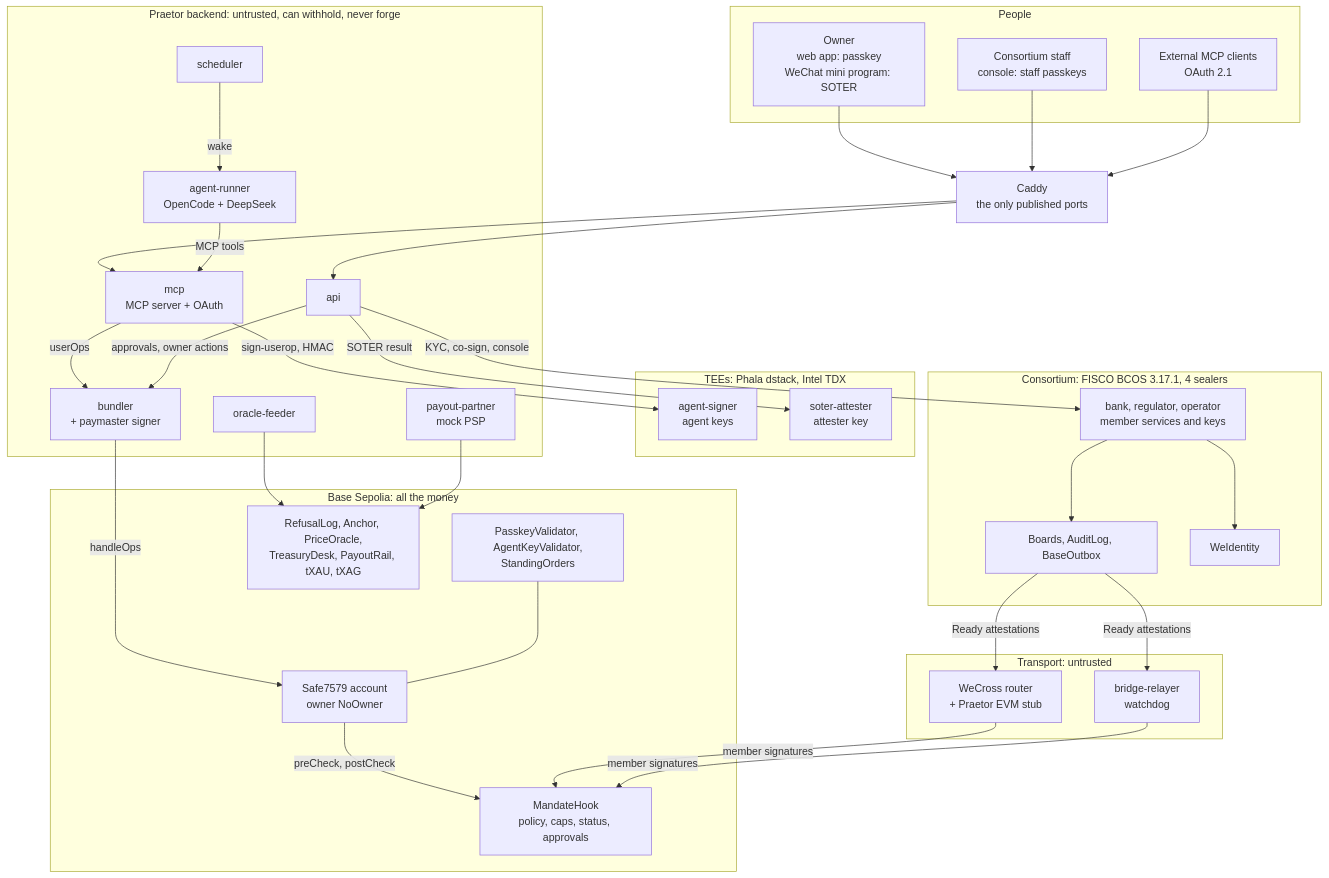
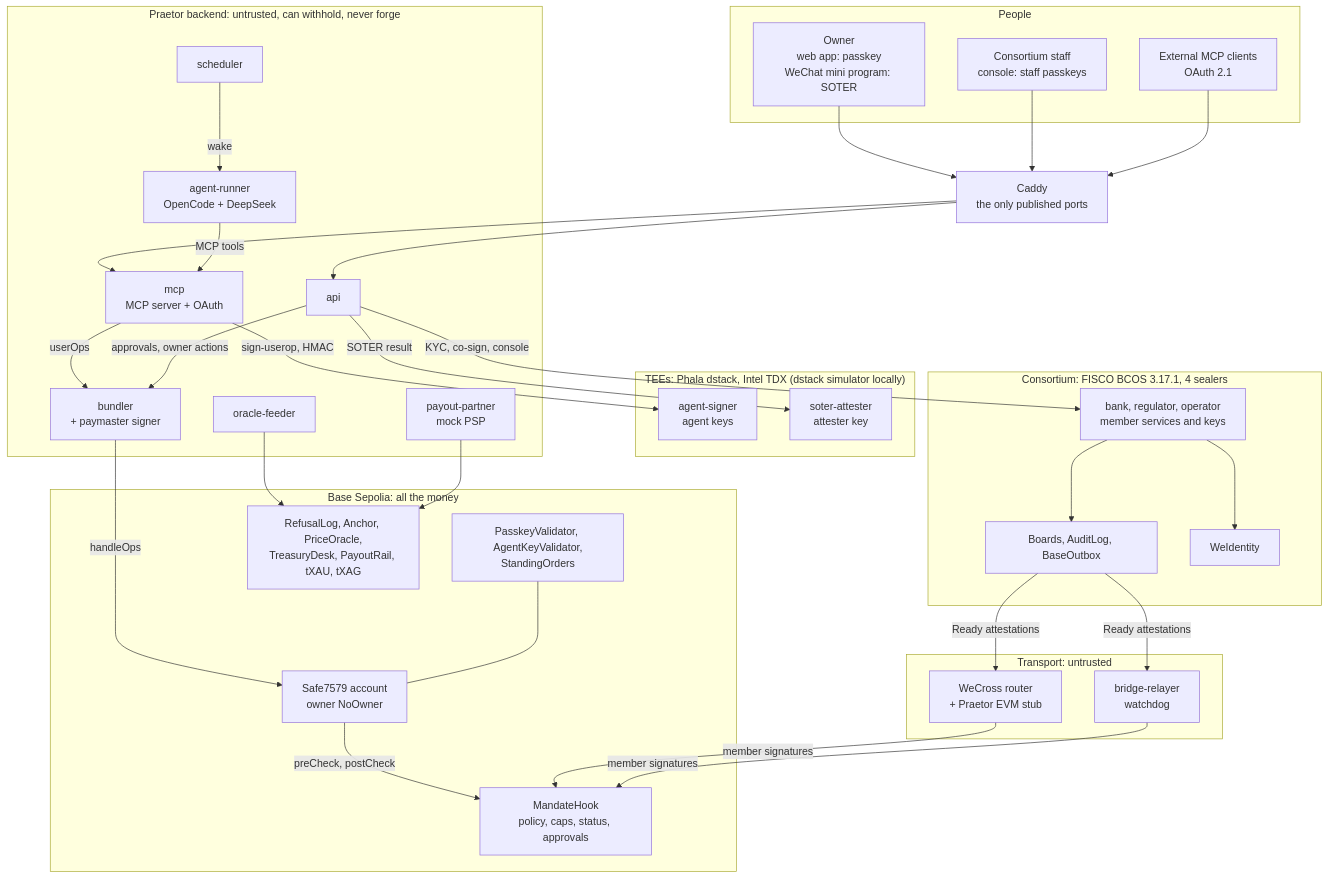
Before and after one commit to hliosone/Praetor: the first of 6 diagrams in docs/ARCHITECTURE.md, drawn with Mermaid. The commit also changed other lines of this file and 1 other file, not shown here.

First line of the commit message:
docs(architecture): the server's Base deployment and bounded log reads

````diff
--- a/docs/ARCHITECTURE.md
+++ b/docs/ARCHITECTURE.md
@@ -15,60 +15,60 @@
 ```mermaid
 flowchart TB
   subgraph PEOPLE["People"]
     OWN["Owner<br/>web app: passkey<br/>WeChat mini program: SOTER"]
     STAFF["Consortium staff<br/>console: staff passkeys"]
     EXT["External MCP clients<br/>OAuth 2.1"]
   end
   CADDY["Caddy<br/>the only published ports"]
   subgraph BACKEND["Praetor backend: untrusted, can withhold, never forge"]
     API["api"]
     MCP["mcp<br/>MCP server + OAuth"]
     RUN["agent-runner<br/>OpenCode + DeepSeek"]
     SCH["scheduler"]
     BUN["bundler<br/>+ paymaster signer"]
     FEED["oracle-feeder"]
     PSP["payout-partner<br/>mock PSP"]
   end
-  subgraph TEES["TEEs: Phala dstack, Intel TDX"]
+  subgraph TEES["TEEs: Phala dstack, Intel TDX (dstack simulator locally)"]
     SIGNER["agent-signer<br/>agent keys"]
     ATT["soter-attester<br/>attester key"]
   end
   subgraph CONSORTIUM["Consortium: FISCO BCOS 3.17.1, 4 sealers"]
     MEMBERS["bank, regulator, operator<br/>member services and keys"]
     BOARDS["Boards, AuditLog, BaseOutbox"]
     WEID["WeIdentity"]
   end
   subgraph TRANSPORT["Transport: untrusted"]
     WECROSS["WeCross router<br/>+ Praetor EVM stub"]
     RELAY["bridge-relayer<br/>watchdog"]
   end
   subgraph BASE["Base Sepolia: all the money"]
     ACCOUNT["Safe7579 account<br/>owner NoOwner"]
     HOOK["MandateHook<br/>policy, caps, status, approvals"]
     MODS["PasskeyValidator, AgentKeyValidator,<br/>StandingOrders"]
     REST["RefusalLog, Anchor, PriceOracle,<br/>TreasuryDesk, PayoutRail, tXAU, tXAG"]
   end
   OWN --> CADDY
   STAFF --> CADDY
   EXT --> CADDY
   CADDY --> API
   CADDY --> MCP
   SCH -->|"wake"| RUN
   RUN -->|"MCP tools"| MCP
   MCP -->|"sign-userop, HMAC"| SIGNER
   API -->|"SOTER result"| ATT
   MCP -->|"userOps"| BUN
   API -->|"approvals, owner actions"| BUN
   BUN -->|"handleOps"| ACCOUNT
   ACCOUNT -->|"preCheck, postCheck"| HOOK
   MODS --- ACCOUNT
   API -->|"KYC, co-sign, console"| MEMBERS
   MEMBERS --> BOARDS
   MEMBERS --> WEID
   BOARDS -->|"Ready attestations"| WECROSS
   BOARDS -->|"Ready attestations"| RELAY
   WECROSS -->|"member signatures"| HOOK
   RELAY -->|"member signatures"| HOOK
   FEED --> REST
   PSP --> REST
 ```
````
